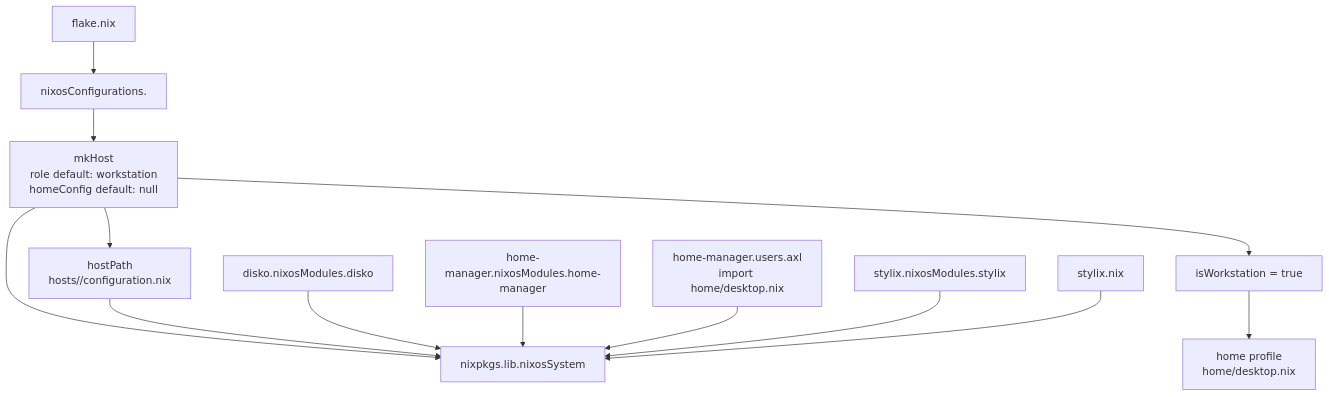
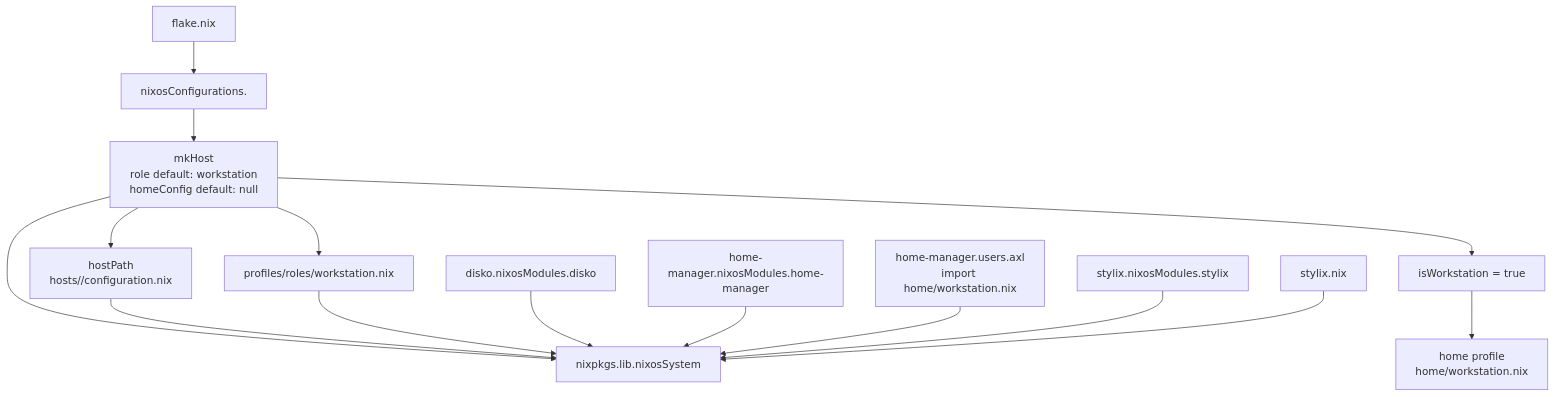
One commit to axler8r/nixotic changed the second of 8 diagrams in docs/workstation-configuration-route.md. Above: the diagram before and after it, drawn with Mermaid. The commit also changed other lines of this file and 5 other files, not shown here.

First line of the commit message:
docs(host): describe profiles/ layout and mkHost role injection

````diff
--- a/docs/workstation-configuration-route.md
+++ b/docs/workstation-configuration-route.md
@@ -70,30 +70,33 @@
 ```mermaid
 flowchart TD
     Flake["flake.nix"]
     HostEntry["nixosConfigurations.<hostname>"]
     MkHost["mkHost\nrole default: workstation\nhomeConfig default: null"]
     IsWorkstation["isWorkstation = true"]
-    HomeProfile["home profile\nhome/desktop.nix"]
+    RoleModule["profiles/roles/workstation.nix"]
+    HomeProfile["home profile\nhome/workstation.nix"]
     NixosSystem["nixpkgs.lib.nixosSystem"]
 
     HostPath["hostPath\nhosts/<hostname>/configuration.nix"]
     DiskoModule["disko.nixosModules.disko"]
     HMModule["home-manager.nixosModules.home-manager"]
-    HMUser["home-manager.users.axl\nimport home/desktop.nix"]
+    HMUser["home-manager.users.axl\nimport home/workstation.nix"]
     StylixModule["stylix.nixosModules.stylix"]
     StylixConfig["stylix.nix"]
 
     Flake --> HostEntry
     HostEntry --> MkHost
     MkHost --> HostPath
+    MkHost --> RoleModule
     MkHost --> IsWorkstation
     IsWorkstation --> HomeProfile
     MkHost --> NixosSystem
 
     HostPath --> NixosSystem
+    RoleModule --> NixosSystem
     DiskoModule --> NixosSystem
     HMModule --> NixosSystem
     HMUser --> NixosSystem
     StylixModule --> NixosSystem
     StylixConfig --> NixosSystem
 ```
````
